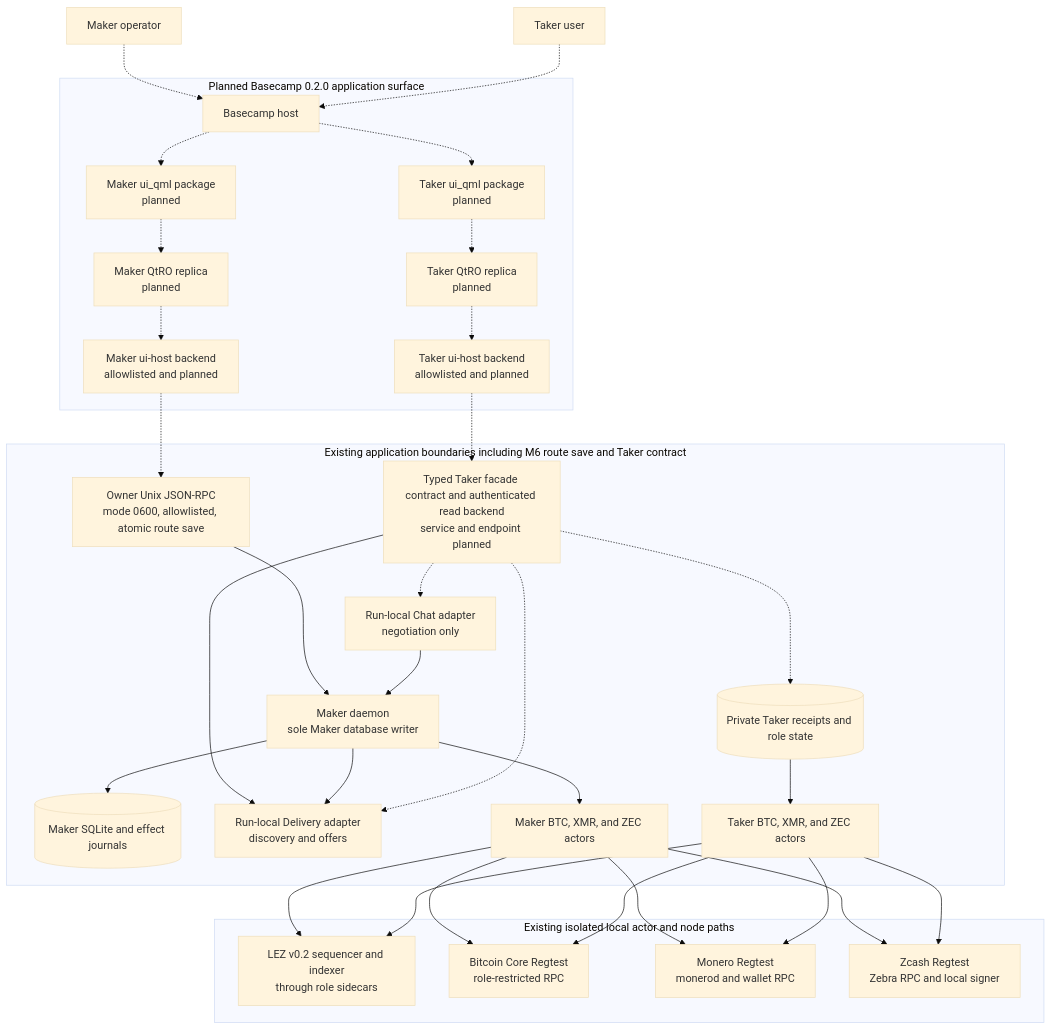
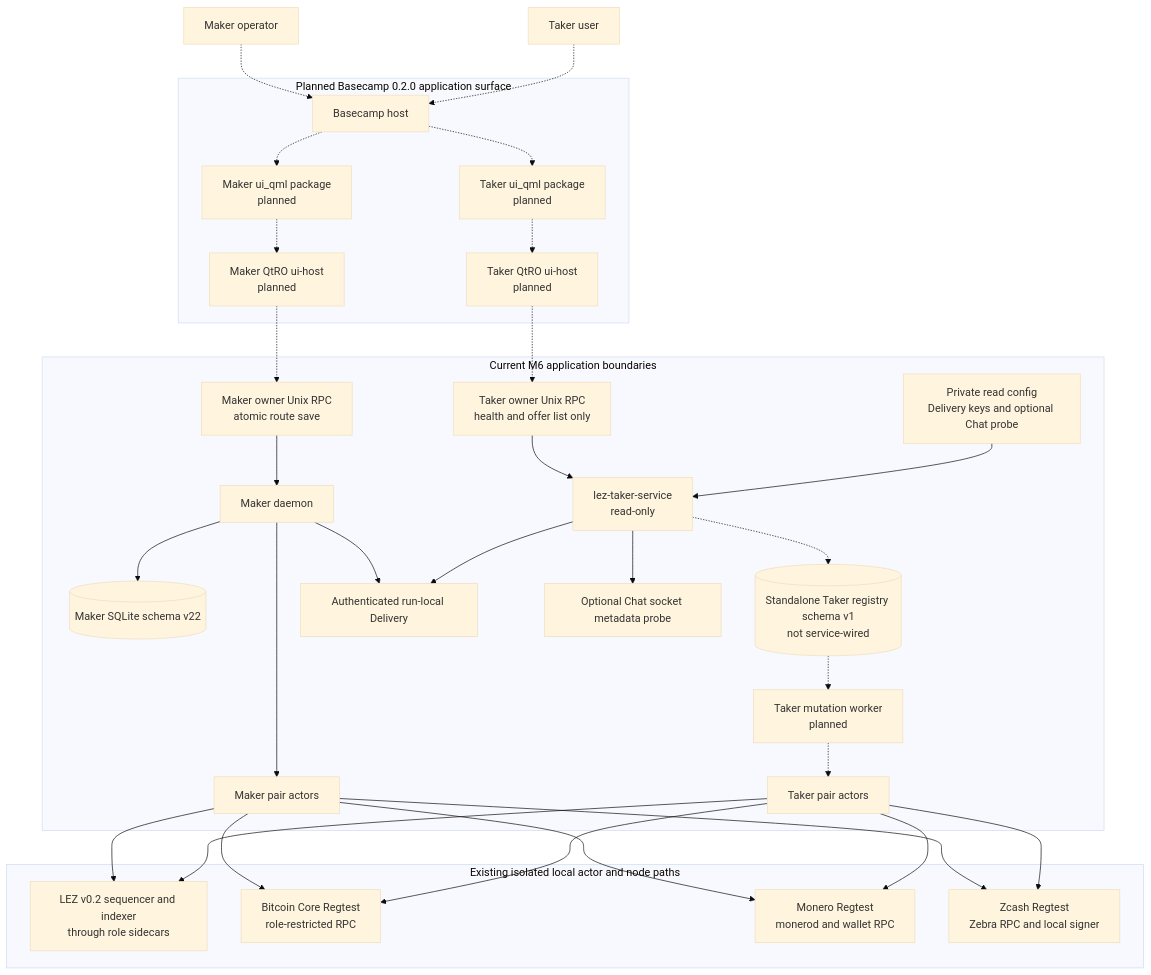
The second of 34 diagrams in docs/architecture/system-architecture.md (gateway-fm/lez-atomic-swaps), drawn with Mermaid (base theme) before and after one commit. The commit also changed other lines of this file and 9 other files, not shown here.

Commit message:
docs(m6): map taker service and admission

````diff
--- a/docs/architecture/system-architecture.md
+++ b/docs/architecture/system-architecture.md
@@ -60,65 +63,66 @@
 ```mermaid
 flowchart TB
     MakerOperator["Maker operator"]
     TakerUser["Taker user"]
 
     subgraph BasecampTarget["Planned Basecamp 0.2.0 application surface"]
         Basecamp["Basecamp host"]
         MakerQml["Maker ui_qml package<br/>planned"]
         TakerQml["Taker ui_qml package<br/>planned"]
-        MakerQtro["Maker QtRO replica<br/>planned"]
-        TakerQtro["Taker QtRO replica<br/>planned"]
-        MakerHost["Maker ui-host backend<br/>allowlisted and planned"]
-        TakerHost["Taker ui-host backend<br/>allowlisted and planned"]
+        MakerHost["Maker QtRO ui-host<br/>planned"]
+        TakerHost["Taker QtRO ui-host<br/>planned"]
     end
 
-    subgraph ExistingApplication["Existing application boundaries including M6 route save and Taker contract"]
-        MakerRpc["Owner Unix JSON-RPC<br/>mode 0600, allowlisted, atomic route save"]
-        MakerDaemon["Maker daemon<br/>sole Maker database writer"]
-        MakerDb[("Maker SQLite and effect journals")]
-        Delivery["Run-local Delivery adapter<br/>discovery and offers"]
-        Chat["Run-local Chat adapter<br/>negotiation only"]
-        TakerFacade["Typed Taker facade contract and authenticated read backend<br/>service and endpoint planned"]
-        TakerState[("Private Taker receipts and role state")]
-        MakerActors["Maker BTC, XMR, and ZEC actors"]
-        TakerActors["Taker BTC, XMR, and ZEC actors"]
+    subgraph CurrentM6["Current M6 application boundaries"]
+        MakerRpc["Maker owner Unix RPC<br/>atomic route save"]
+        MakerDaemon["Maker daemon"]
+        MakerDb[("Maker SQLite schema v22")]
+        TakerSocket["Taker owner Unix RPC<br/>health and offer list only"]
+        TakerService["lez-taker-service<br/>read-only"]
+        TakerConfig["Private read config<br/>Delivery keys and optional Chat probe"]
+        Registry[("Standalone Taker registry schema v1<br/>not service-wired")]
+        Worker["Taker mutation worker<br/>planned"]
+        Delivery["Authenticated run-local Delivery"]
+        ChatProbe["Optional Chat socket metadata probe"]
+        MakerActors["Maker pair actors"]
+        TakerActors["Taker pair actors"]
     end
 
     subgraph LocalChains["Existing isolated local actor and node paths"]
         Lez["LEZ v0.2 sequencer and indexer<br/>through role sidecars"]
         Bitcoin["Bitcoin Core Regtest<br/>role-restricted RPC"]
         Monero["Monero Regtest<br/>monerod and wallet RPC"]
         Zcash["Zcash Regtest<br/>Zebra RPC and local signer"]
     end
 
     MakerOperator -.-> Basecamp
     TakerUser -.-> Basecamp
     Basecamp -.-> MakerQml
     Basecamp -.-> TakerQml
-    MakerQml -.-> MakerQtro
-    TakerQml -.-> TakerQtro
-    MakerQtro -.-> MakerHost
-    TakerQtro -.-> TakerHost
+    MakerQml -.-> MakerHost
+    TakerQml -.-> TakerHost
     MakerHost -.-> MakerRpc
-    TakerHost -.-> TakerFacade
-    TakerFacade --> Delivery
+    TakerHost -.-> TakerSocket
 
     MakerRpc --> MakerDaemon
     MakerDaemon --> MakerDb
     MakerDaemon --> Delivery
-    Chat --> MakerDaemon
     MakerDaemon --> MakerActors
-    TakerFacade -.-> Delivery
-    TakerFacade -.-> Chat
-    TakerFacade -.-> TakerState
-    TakerState --> TakerActors
+
+    TakerSocket --> TakerService
+    TakerConfig --> TakerService
+    TakerService --> Delivery
+    TakerService --> ChatProbe
+    TakerService -.-> Registry
+    Registry -.-> Worker
+    Worker -.-> TakerActors
 
     MakerActors --> Lez
     MakerActors --> Bitcoin
     MakerActors --> Monero
     MakerActors --> Zcash
     TakerActors --> Lez
     TakerActors --> Bitcoin
     TakerActors --> Monero
     TakerActors --> Zcash
 ```
````
